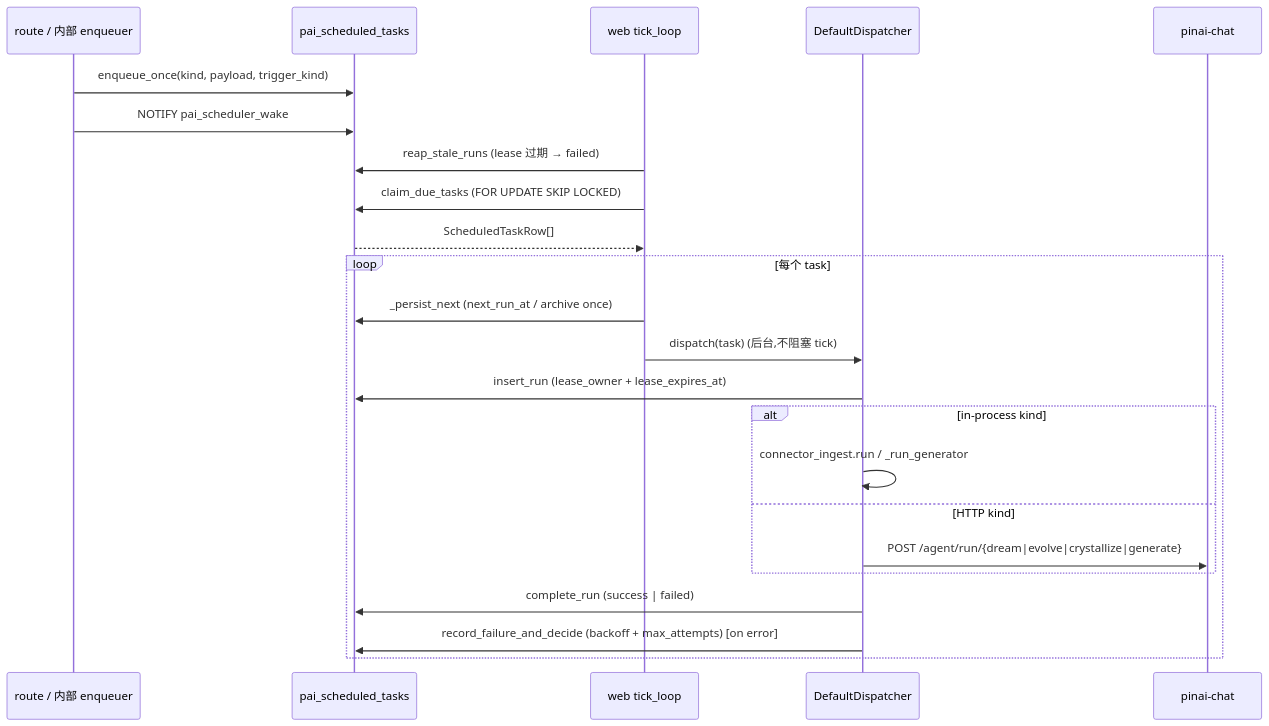
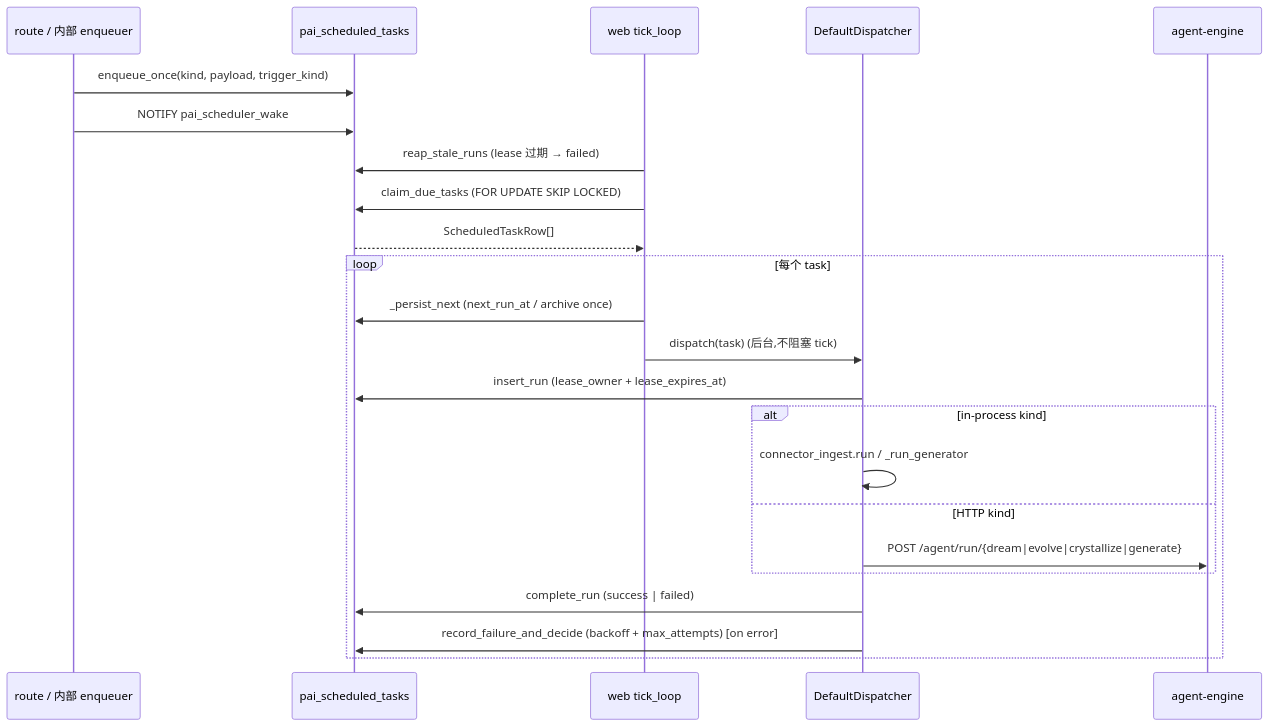
The second of 2 diagrams in docs/modules/background-tasks.mdx (Edge-AI-HQ/proactive-assistant), drawn with Mermaid before and after one commit. The commit also changed other lines of this file and 978 other files, not shown here.

````diff
--- a/docs/modules/background-tasks.mdx
+++ b/docs/modules/background-tasks.mdx
@@ -61,26 +61,26 @@
 ```mermaid
 sequenceDiagram
   participant Caller as route / 内部 enqueuer
   participant DB as pai_scheduled_tasks
   participant Tick as web tick_loop
   participant Disp as DefaultDispatcher
-  participant Chat as pinai-chat
+  participant Chat as agent-engine
 
   Caller->>DB: enqueue_once(kind, payload, trigger_kind)
   Caller->>DB: NOTIFY pai_scheduler_wake
   Tick->>DB: reap_stale_runs (lease 过期 → failed)
   Tick->>DB: claim_due_tasks (FOR UPDATE SKIP LOCKED)
   DB-->>Tick: ScheduledTaskRow[]
   loop 每个 task
     Tick->>DB: _persist_next (next_run_at / archive once)
     Tick->>Disp: dispatch(task) (后台,不阻塞 tick)
     Disp->>DB: insert_run (lease_owner + lease_expires_at)
     alt in-process kind
       Disp->>Disp: connector_ingest.run / _run_generator
     else HTTP kind
       Disp->>Chat: POST /agent/run/{dream|evolve|crystallize|generate}
     end
     Disp->>DB: complete_run (success | failed)
     Disp->>DB: record_failure_and_decide (backoff + max_attempts) [on error]
   end
 ```
````
